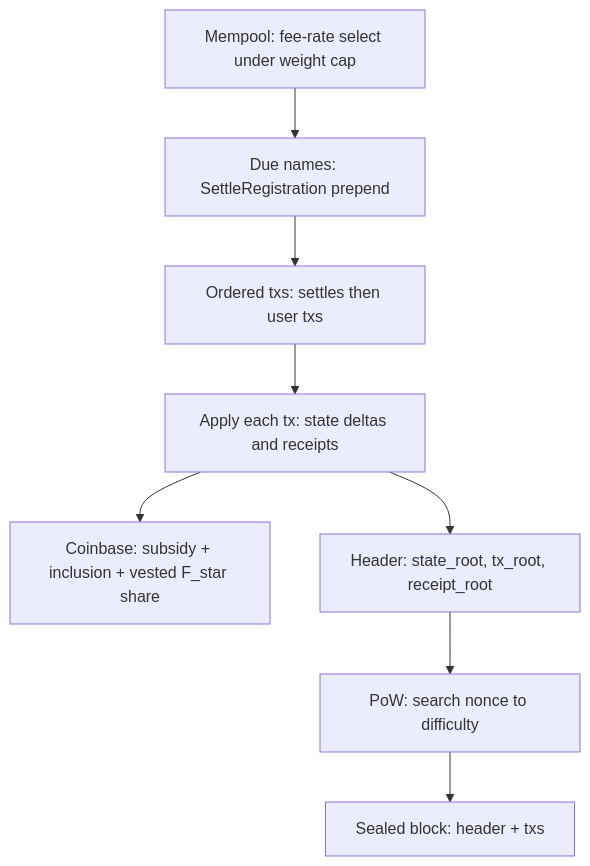
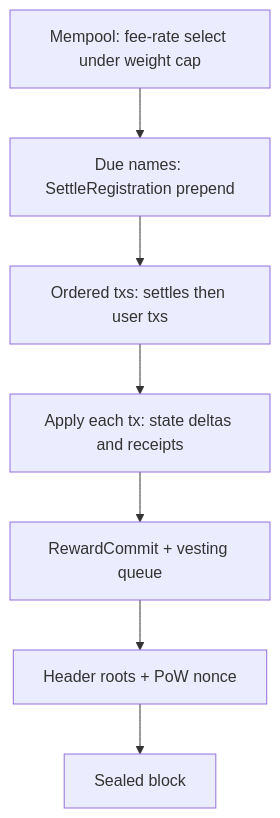
Before and after one commit to isysd-mirror/guld2: the second of 5 diagrams in docs/whitepaper/guld-2.0-draft.md, drawn with Mermaid. The commit also changed other lines of this file and 36 other files, not shown here.

````diff
--- a/docs/whitepaper/guld-2.0-draft.md
+++ b/docs/whitepaper/guld-2.0-draft.md
@@ -458,14 +433,12 @@
 ```mermaid
 flowchart TD
   mempool["Mempool: fee-rate select under weight cap"]
   due["Due names: SettleRegistration prepend"]
   ordered["Ordered txs: settles then user txs"]
   apply["Apply each tx: state deltas and receipts"]
-  coinbase["Coinbase: subsidy + inclusion + vested F_star share"]
-  header["Header: state_root, tx_root, receipt_root"]
-  pow["PoW: search nonce to difficulty"]
-  block["Sealed block: header + txs"]
+  rewards["RewardCommit + vesting queue"]
+  header["Header roots + PoW nonce"]
+  block["Sealed block"]
   mempool --> due --> ordered --> apply
-  apply --> coinbase
-  apply --> header --> pow --> block
+  apply --> rewards --> header --> block
 ```
````
